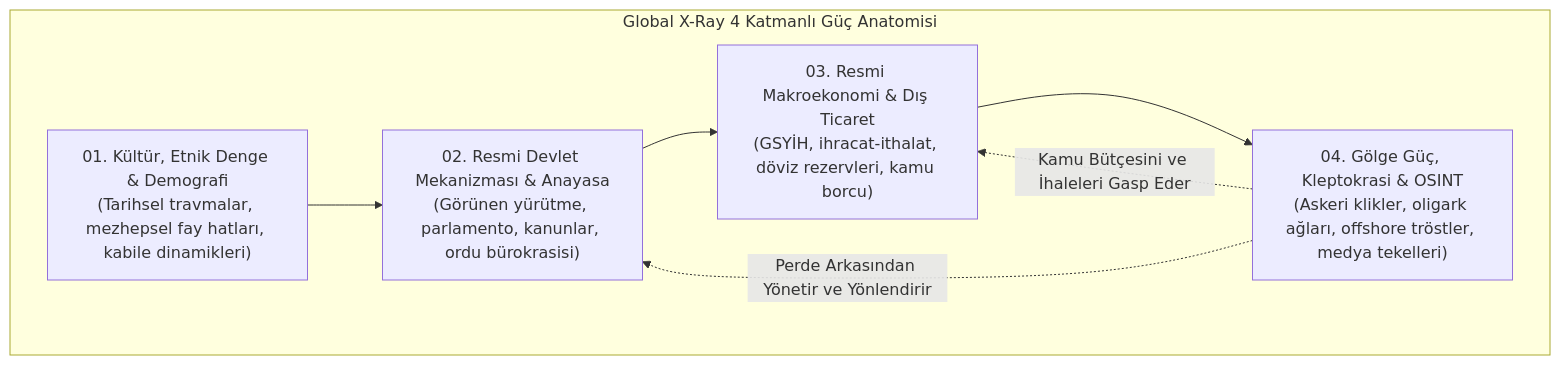
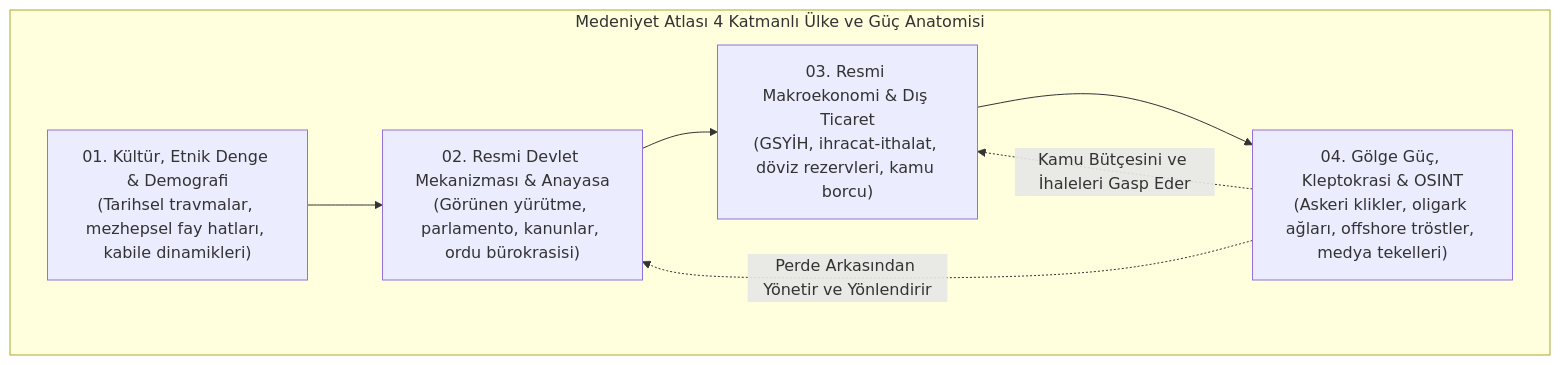
One commit to bahattinyunus/Global-X-Ray changed the first of 2 diagrams in README.md. Above: the diagram before and after it, drawn with Mermaid. The commit also changed other lines of this file and 3 other files, not shown here.

Commit message:
feat: update hero banner and 4-layer architecture artwork with Medeniyet Atlası visual identity

````diff
--- a/README.md
+++ b/README.md
@@ -189,14 +189,14 @@
 ```mermaid
 flowchart TD
-    subgraph Katmanlar["Global X-Ray 4 Katmanlı Güç Anatomisi"]
+    subgraph Katmanlar["Medeniyet Atlası 4 Katmanlı Ülke ve Güç Anatomisi"]
         L1["01. Kültür, Etnik Denge & Demografi<br/>(Tarihsel travmalar, mezhepsel fay hatları, kabile dinamikleri)"]
         L2["02. Resmi Devlet Mekanizması & Anayasa<br/>(Görünen yürütme, parlamento, kanunlar, ordu bürokrasisi)"]
         L3["03. Resmi Makroekonomi & Dış Ticaret<br/>(GSYİH, ihracat-ithalat, döviz rezervleri, kamu borcu)"]
         L4["04. Gölge Güç, Kleptokrasi & OSINT<br/>(Askeri klikler, oligark ağları, offshore tröstler, medya tekelleri)"]
     end
     L1 --> L2
     L2 --> L3
     L3 --> L4
     L4 -.->|"Perde Arkasından Yönetir ve Yönlendirir"| L2
     L4 -.->|"Kamu Bütçesini ve İhaleleri Gasp Eder"| L3
 ```
````
